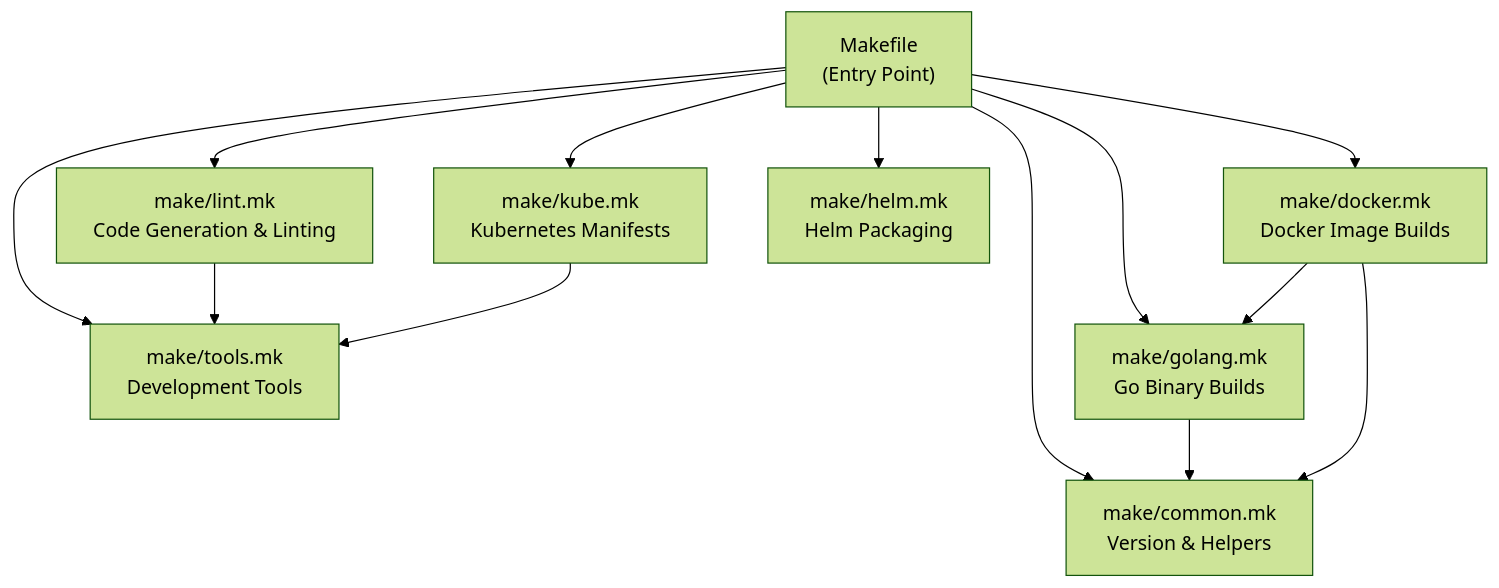
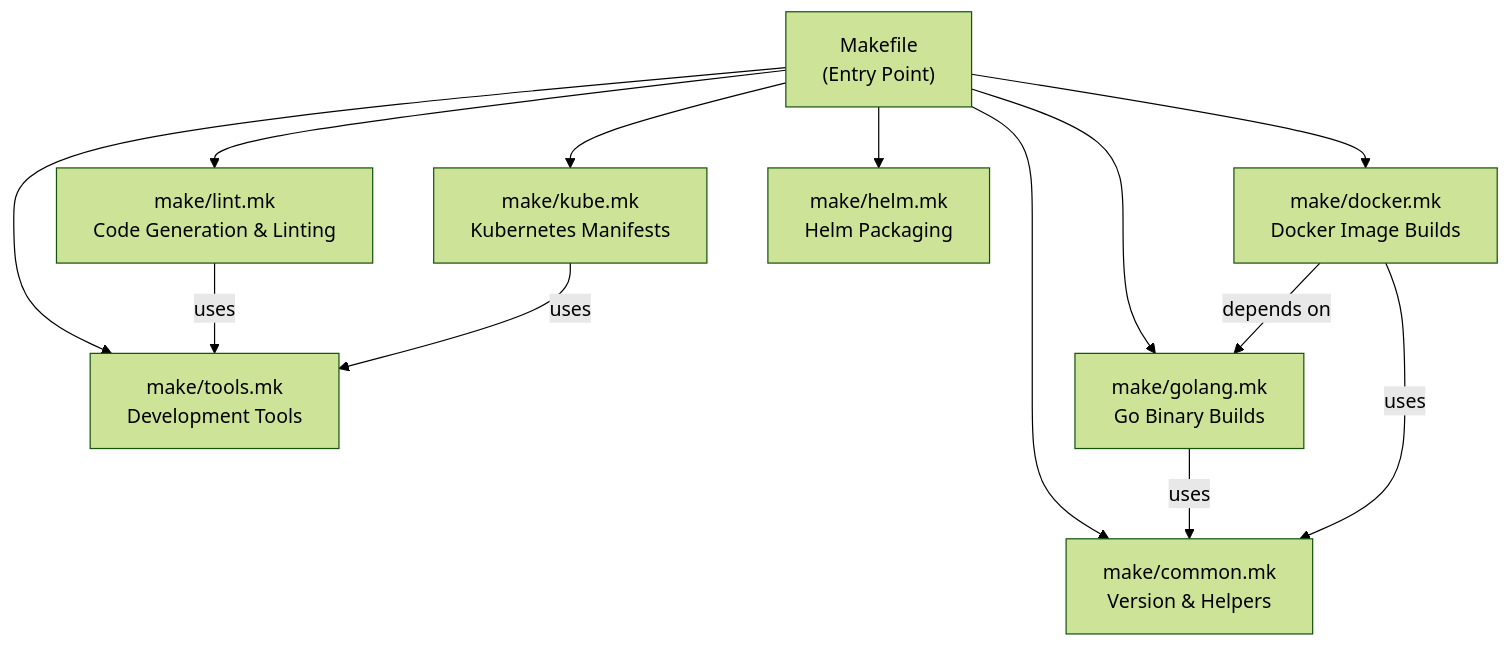
One commit to openchoreo/openchoreo changed the first of 3 diagrams in docs/deepwiki/Building-from-Source.md. Above: the diagram before and after it, drawn with Mermaid (forest theme). The commit also changed 85 other files, not shown here.

Commit message:
feat: Add new workflow and specification templates, update Helm chart dependencies, and clarify documentation diagrams.

````diff
--- a/docs/deepwiki/Building-from-Source.md
+++ b/docs/deepwiki/Building-from-Source.md
@@ -40,25 +40,25 @@
 ```mermaid
 flowchart TD
 
 Root["Makefile<br>(Entry Point)"]
 Common["make/common.mk<br>Version & Helpers"]
 Tools["make/tools.mk<br>Development Tools"]
 Golang["make/golang.mk<br>Go Binary Builds"]
 Docker["make/docker.mk<br>Docker Image Builds"]
 Lint["make/lint.mk<br>Code Generation & Linting"]
 Kube["make/kube.mk<br>Kubernetes Manifests"]
 Helm["make/helm.mk<br>Helm Packaging"]
 
 Root --> Common
 Root --> Tools
 Root --> Golang
 Root --> Docker
 Root --> Lint
 Root --> Kube
 Root --> Helm
-Golang --> Common
-Docker --> Common
-Docker --> Golang
-Lint --> Tools
-Kube --> Tools
+Golang -->|"uses"| Common
+Docker -->|"uses"| Common
+Docker -->|"depends on"| Golang
+Lint -->|"uses"| Tools
+Kube -->|"uses"| Tools
 ```
````
